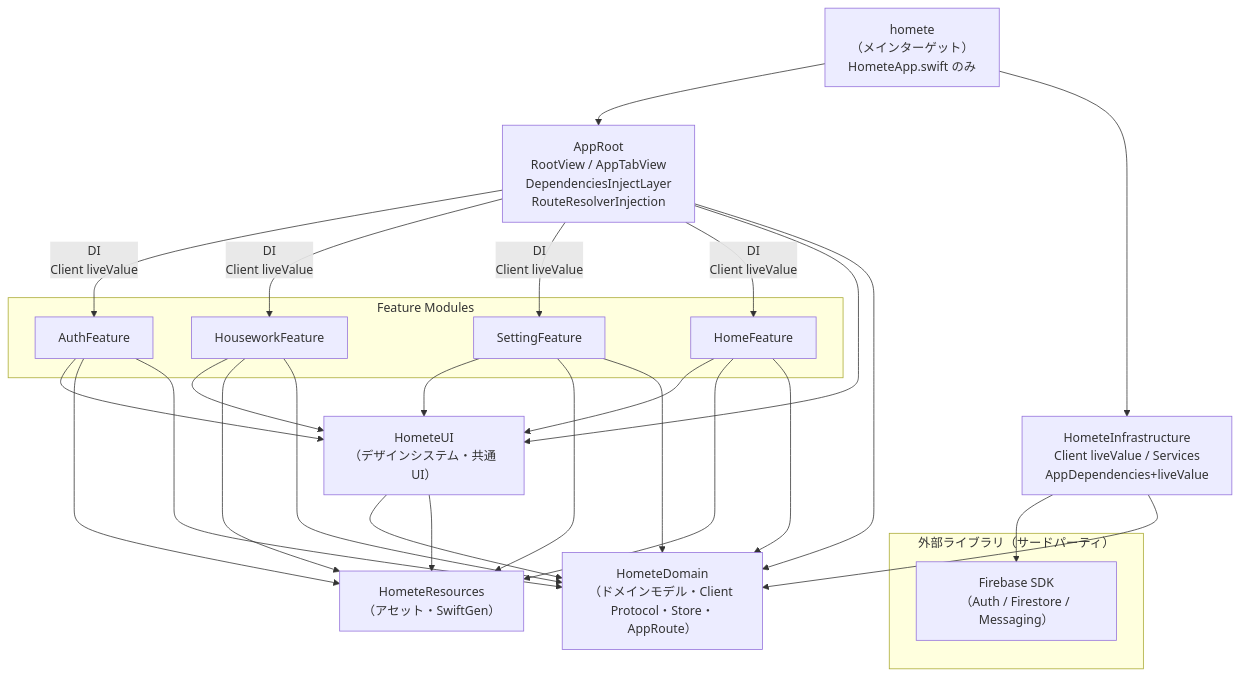
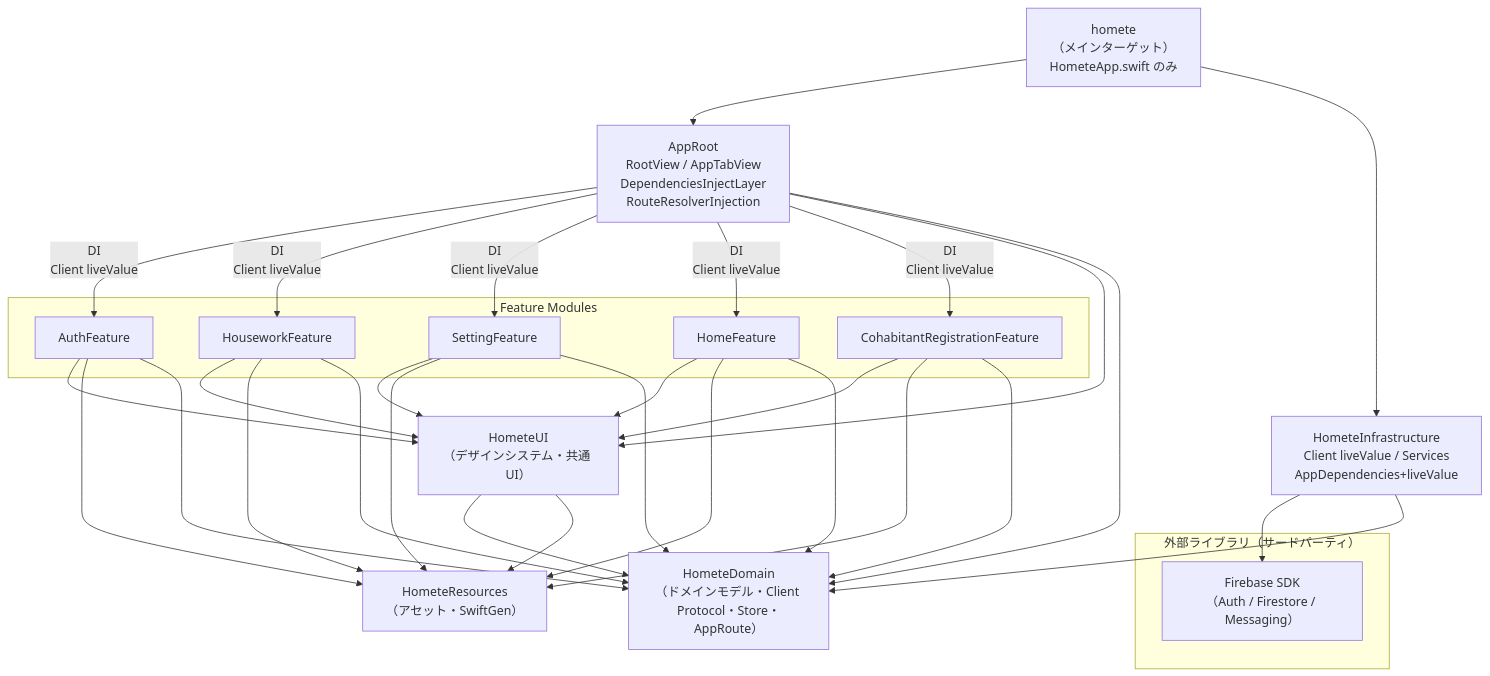
One commit to stotic-dev/homete_iOS changed the diagram in doc/multimodules_structure.md. Above: the diagram before and after it, drawn with Mermaid. The commit also changed other lines of this file and 31 other files, not shown here.

````diff
--- a/doc/multimodules_structure.md
+++ b/doc/multimodules_structure.md
@@ -62,54 +64,59 @@
 ```mermaid
 graph TD
     subgraph ExternalLibs["外部ライブラリ（サードパーティ）"]
         Firebase["Firebase SDK\n（Auth / Firestore / Messaging）"]
     end
 
     homete["homete\n（メインターゲット）\nHometeApp.swift のみ"]
 
     AppRoot["AppRoot\nRootView / AppTabView\nDependenciesInjectLayer\nRouteResolverInjection"]
 
     HometeInfrastructure["HometeInfrastructure\nClient liveValue / Services\nAppDependencies+liveValue"]
 
     subgraph Features["Feature Modules"]
         AuthFeature
         HouseworkFeature
         SettingFeature
         HomeFeature
+        CohabitantRegistrationFeature
     end
 
     HometeUI["HometeUI\n（デザインシステム・共通 UI）"]
     HometeResources["HometeResources\n（アセット・SwiftGen）"]
     HometeDomain["HometeDomain\n（ドメインモデル・Client Protocol・Store・AppRoute）"]
 
     homete --> AppRoot
     homete --> HometeInfrastructure
 
     HometeInfrastructure --> Firebase
     HometeInfrastructure --> HometeDomain
 
     AppRoot -->|DI \n Client liveValue| AuthFeature
     AppRoot -->|DI \n Client liveValue| HouseworkFeature
     AppRoot -->|DI \n Client liveValue| SettingFeature
     AppRoot -->|DI \n Client liveValue| HomeFeature
+    AppRoot -->|DI \n Client liveValue| CohabitantRegistrationFeature
     AppRoot --> HometeUI
     AppRoot --> HometeDomain
 
     AuthFeature --> HometeUI
     HouseworkFeature --> HometeUI
     SettingFeature --> HometeUI
     HomeFeature --> HometeUI
+    CohabitantRegistrationFeature --> HometeUI
 
     AuthFeature --> HometeResources
     HouseworkFeature --> HometeResources
     SettingFeature --> HometeResources
     HomeFeature --> HometeResources
+    CohabitantRegistrationFeature --> HometeResources
 
     AuthFeature --> HometeDomain
     HouseworkFeature --> HometeDomain
     SettingFeature --> HometeDomain
     HomeFeature --> HometeDomain
+    CohabitantRegistrationFeature --> HometeDomain
 
     HometeUI --> HometeDomain
     HometeUI --> HometeResources
 ```
````
